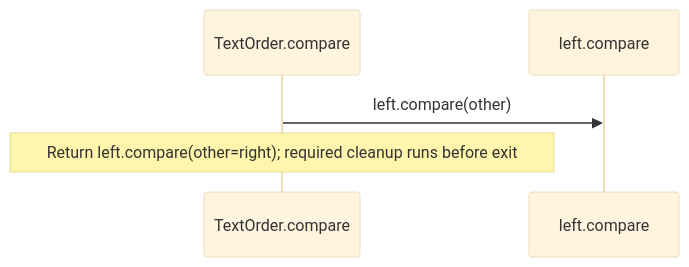
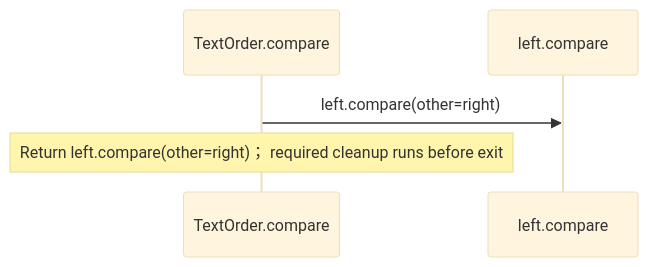
One commit to GreenPandaStudios/augscript changed the tenth of 12 diagrams in src/stdlib/collections/operations.aug.diagrams.md. Above: the diagram before and after it, drawn with Mermaid (base theme). The commit also changed other lines of this file and 524 other files, not shown here.

Commit message:
Explain checked data flow at folder and service levels

````diff
--- a/src/stdlib/collections/operations.aug.diagrams.md
+++ b/src/stdlib/collections/operations.aug.diagrams.md
@@ -354,7 +331,7 @@
 ```mermaid
 sequenceDiagram
     participant p0 as TextOrder.compare
     participant p1 as left.compare
-    p0->>p1: left.compare(other)
-    Note over p0: Return left.compare(other=right)#59; required cleanup runs before exit
+    p0->>p1: left.compare(other=right)
+    Note over p0: Return left.compare(other=right)； required cleanup runs before exit
 ```
````
